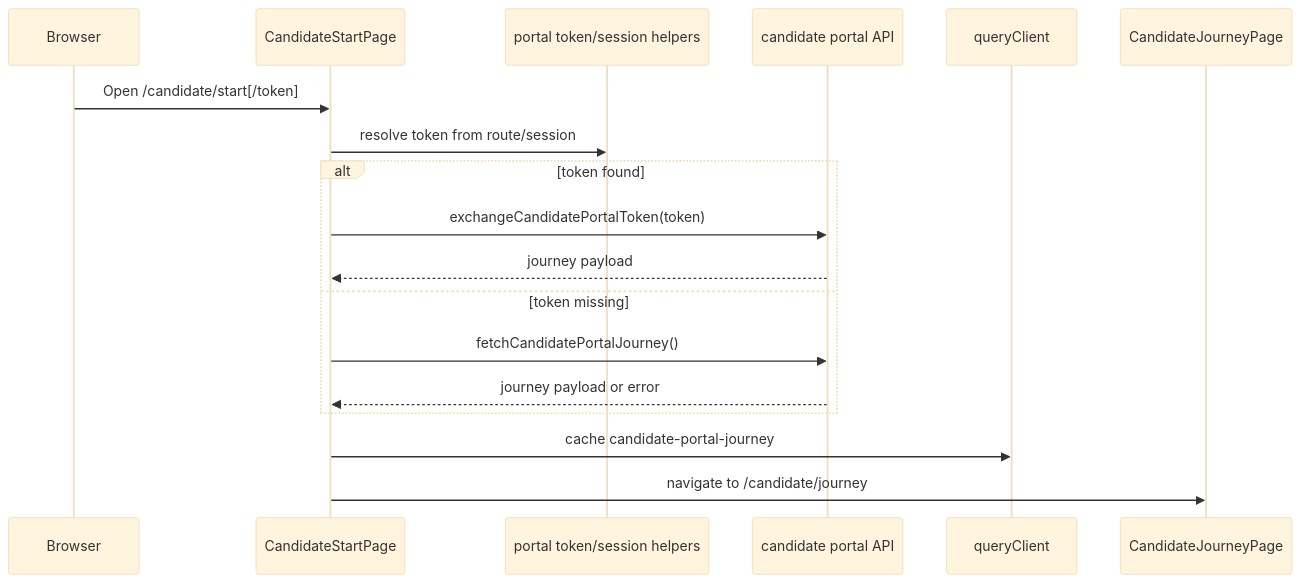
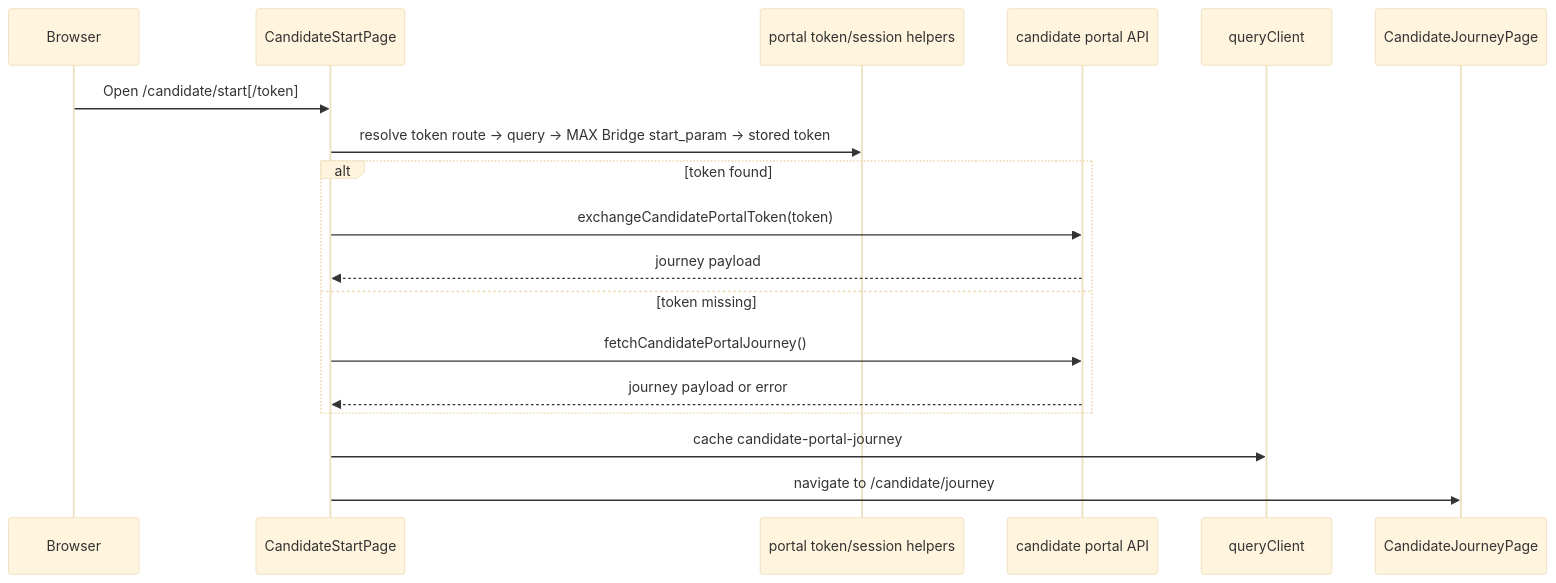
The third of 6 diagrams in docs/frontend/state-flows.md (padka/HR), drawn with Mermaid (base theme) before and after one commit. The commit also changed other lines of this file and 28 other files, not shown here.

````diff
--- a/docs/frontend/state-flows.md
+++ b/docs/frontend/state-flows.md
@@ -101,21 +102,21 @@
 ```mermaid
 sequenceDiagram
   participant Browser
   participant Start as CandidateStartPage
   participant Token as portal token/session helpers
   participant API as candidate portal API
   participant Query as queryClient
   participant Journey as CandidateJourneyPage
 
   Browser->>Start: Open /candidate/start[/token]
-  Start->>Token: resolve token from route/session
+  Start->>Token: resolve token route -> query -> MAX Bridge start_param -> stored token
   alt token found
     Start->>API: exchangeCandidatePortalToken(token)
     API-->>Start: journey payload
   else token missing
     Start->>API: fetchCandidatePortalJourney()
     API-->>Start: journey payload or error
   end
   Start->>Query: cache candidate-portal-journey
   Start->>Journey: navigate to /candidate/journey
 ```
````
